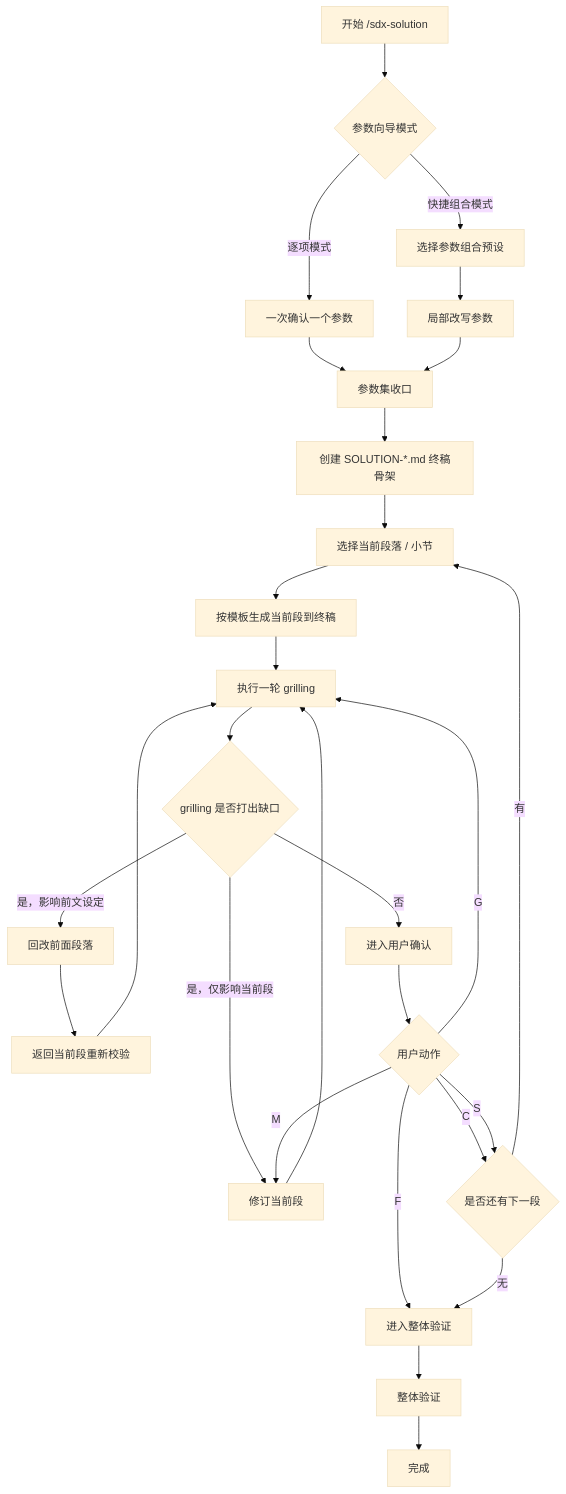
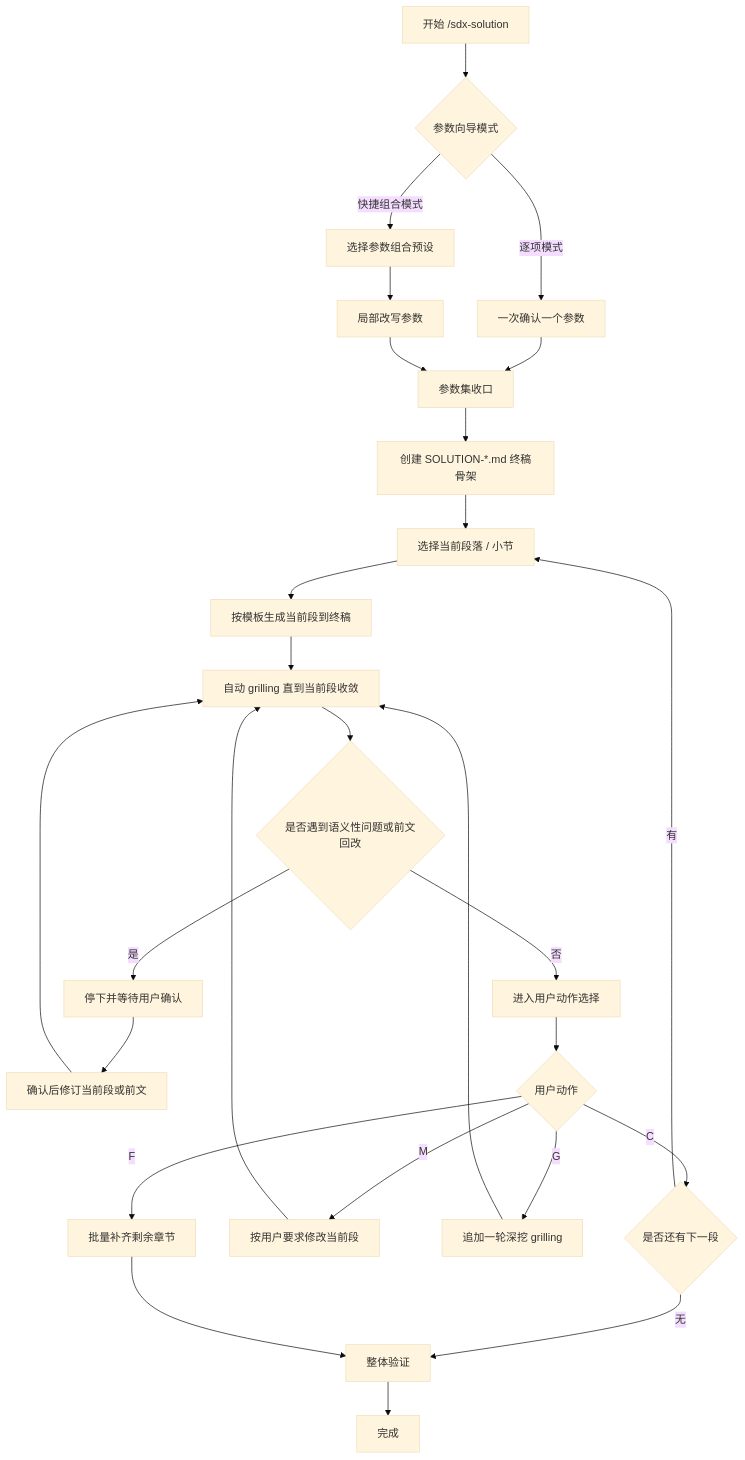
The first of 2 diagrams in agent/skills/sdx-solution/references/workflow.md (oleewen/ai-knowledge), drawn with Mermaid (base theme) before and after one commit. The commit also changed other lines of this file and 13 other files, not shown here.

````diff
--- a/agent/skills/sdx-solution/references/workflow.md
+++ b/agent/skills/sdx-solution/references/workflow.md
@@ -17,35 +17,33 @@
 ```mermaid
 flowchart TD
     A["开始 /sdx-solution"] --> B{"参数向导模式"}
     B -->|逐项模式| C["一次确认一个参数"]
     B -->|快捷组合模式| D["选择参数组合预设"]
     D --> E["局部改写参数"]
     C --> F["参数集收口"]
     E --> F
 
     F --> G["创建 SOLUTION-*.md 终稿骨架"]
     G --> H["选择当前段落 / 小节"]
     H --> I["按模板生成当前段到终稿"]
-    I --> J["执行一轮 grilling"]
+    I --> J["自动 grilling 直到当前段收敛"]
 
-    J --> K{"grilling 是否打出缺口"}
-    K -->|否| L["进入用户确认"]
-    K -->|是，仅影响当前段| M["修订当前段"]
-    K -->|是，影响前文设定| N["回改前面段落"]
-    M --> J
-    N --> O["返回当前段重新校验"]
-    O --> J
+    J --> K{"是否遇到语义性问题或前文回改"}
+    K -->|否| L["进入用户动作选择"]
+    K -->|是| M["停下并等待用户确认"]
+    M --> N["确认后修订当前段或前文"]
+    N --> J
 
-    L --> P{"用户动作"}
-    P -->|C| Q{"是否还有下一段"}
-    P -->|M| M
-    P -->|G| J
-    P -->|S| Q
-    P -->|F| R["进入整体验证"]
+    L --> O{"用户动作"}
+    O -->|C| P{"是否还有下一段"}
+    O -->|M| Q["按用户要求修改当前段"]
+    O -->|G| R["追加一轮深挖 grilling"]
+    O -->|F| S["批量补齐剩余章节"]
+    Q --> J
+    R --> J
 
-    Q -->|有| H
-    Q -->|无| R
-
-    R --> S["整体验证"]
-    S --> T["完成"]
+    P -->|有| H
+    P -->|无| T["整体验证"]
+    S --> T
+    T --> U["完成"]
 ```
````
